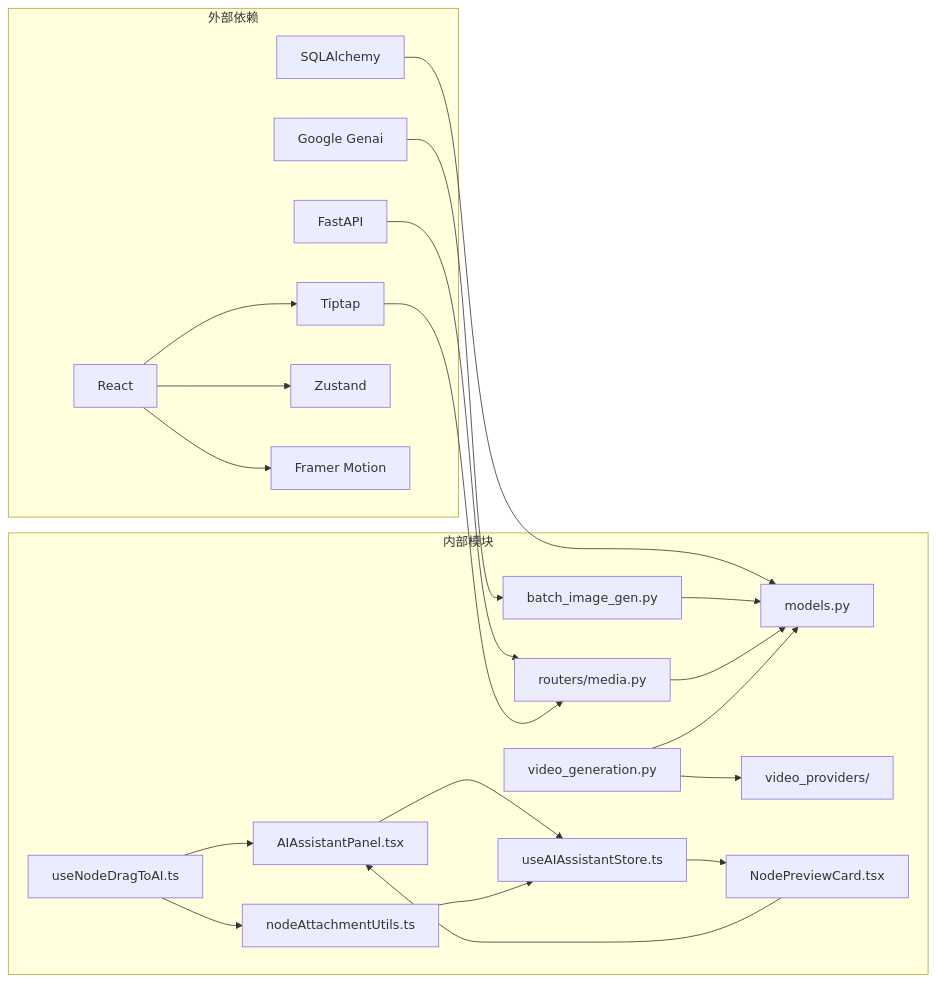
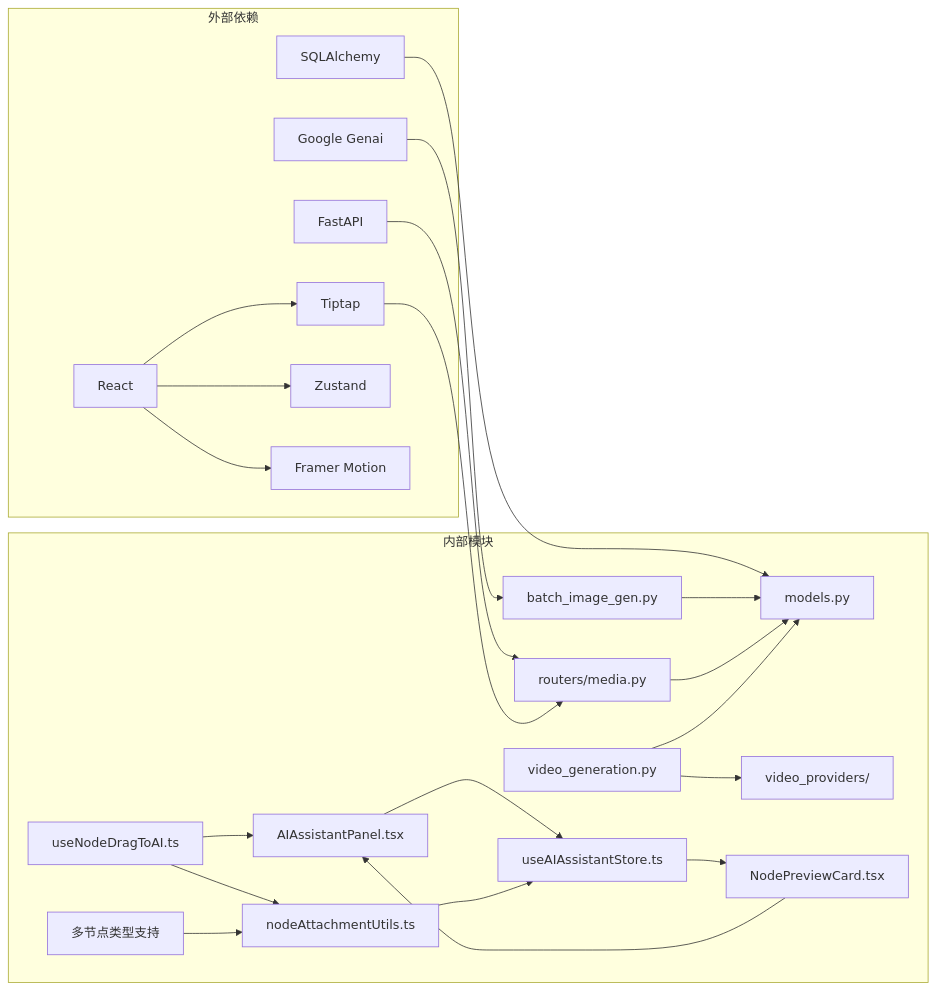
Before and after one commit to KunLabAI/KunFlix: diagram 15 of 15 in .qoder/repowiki/zh/content/前端应用架构/UI组件库/画布组件系统/AI助手面板/多图片支持增强.md, drawn with Mermaid. The commit also changed other lines of this file and 14 other files, not shown here.

````diff
--- a/.qoder/repowiki/zh/content/前端应用架构/UI组件库/画布组件系统/AI助手面板/多图片支持增强.md
+++ b/.qoder/repowiki/zh/content/前端应用架构/UI组件库/画布组件系统/AI助手面板/多图片支持增强.md
@@ -476,41 +566,43 @@
 ```mermaid
 graph LR
 subgraph "外部依赖"
 A[FastAPI]
 B[SQLAlchemy]
 C[Google Genai]
 D[React]
 E[Tiptap]
 F[Zustand]
 G[Framer Motion]
 end
 subgraph "内部模块"
 H[batch_image_gen.py]
 I[routers/media.py]
 J[models.py]
 K[video_generation.py]
 L[video_providers/]
 M[useNodeDragToAI.ts]
 N[AIAssistantPanel.tsx]
 O[nodeAttachmentUtils.ts]
 P[useAIAssistantStore.ts]
 Q[NodePreviewCard.tsx]
+R[多节点类型支持]
 end
 A --> I
 B --> J
 C --> H
 D --> E
 D --> F
 D --> G
 E --> I
 H --> J
 I --> J
 K --> L
 K --> J
 M --> N
 M --> O
 N --> P
 O --> P
 P --> Q
 Q --> N
+R --> O
 ```
````
